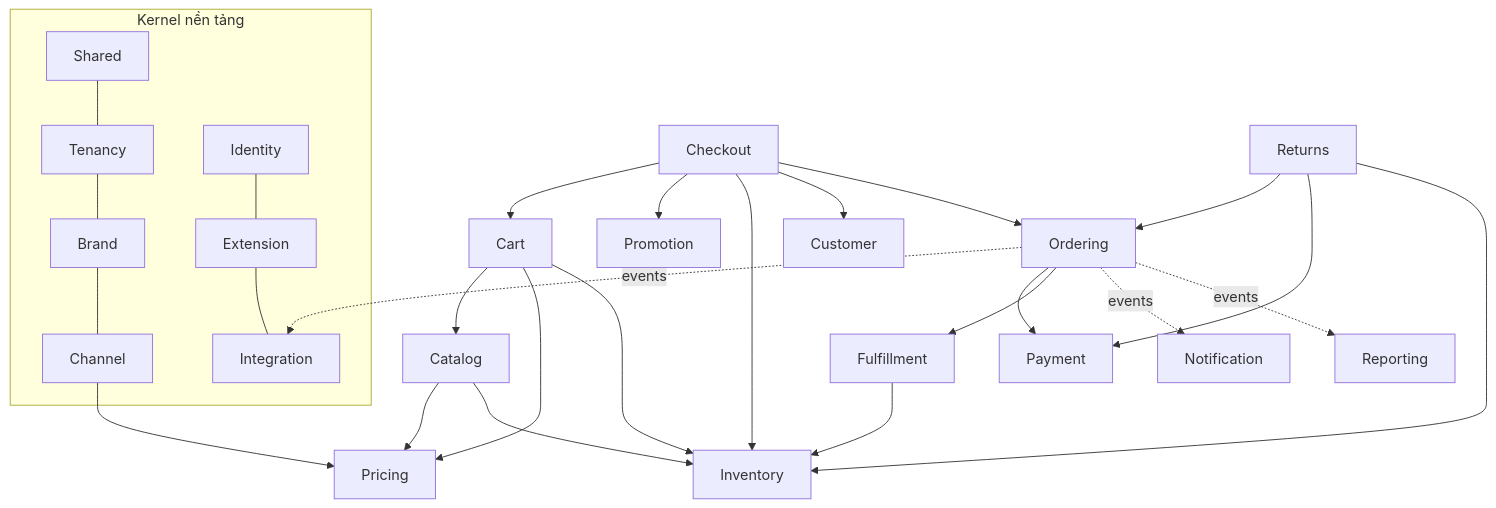
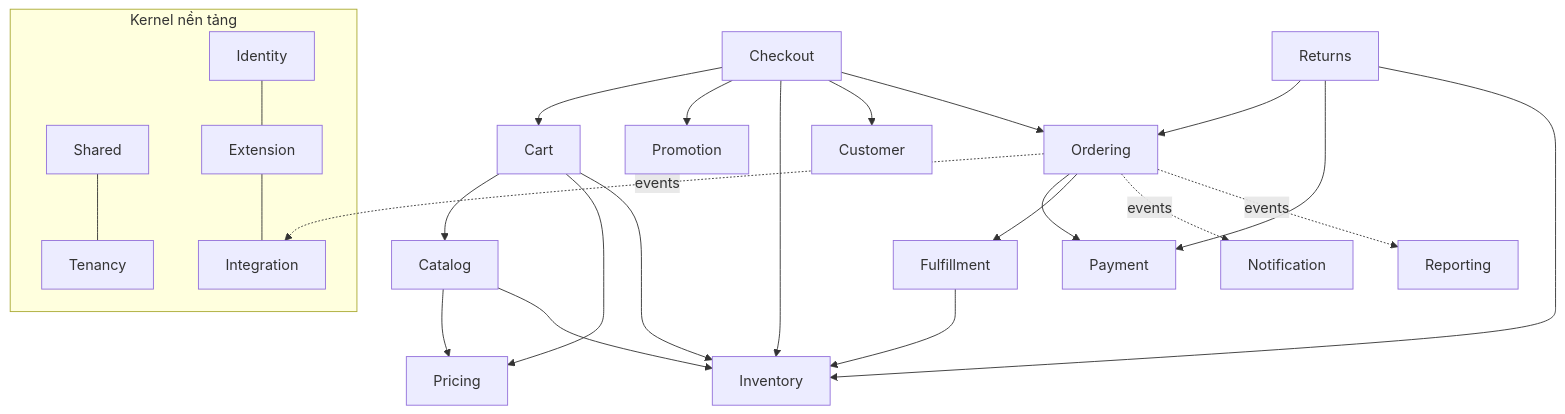
One commit to ptdat97/vanishop changed the diagram in docs/02-architecture/bounded-contexts.md. Above: the diagram before and after it, drawn with Mermaid. The commit also changed other lines of this file and 52 other files, not shown here.

````diff
--- a/docs/02-architecture/bounded-contexts.md
+++ b/docs/02-architecture/bounded-contexts.md
@@ -34,18 +32,17 @@
 ```mermaid
 flowchart TB
     subgraph Kernel nền tảng
-      SH[Shared] --- TN[Tenancy] --- BR[Brand] --- CH[Channel]
+      SH[Shared] --- TN[Tenancy]
       ID[Identity] --- EX[Extension] --- IN[Integration]
     end
     CAT[Catalog] --> PR[Pricing]
-    CH --> PR
     CAT --> INV[Inventory]
     CART[Cart] --> CAT & PR & INV
     CO[Checkout] --> CART & PROMO[Promotion] & INV & CU[Customer]
     CO --> ORD[Ordering]
     ORD --> PAY[Payment]
     ORD --> FUL[Fulfillment]
     FUL --> INV
     RET[Returns] --> ORD & PAY & INV
     ORD -. events .-> IN & NOT[Notification] & REP[Reporting]
 ```
````
